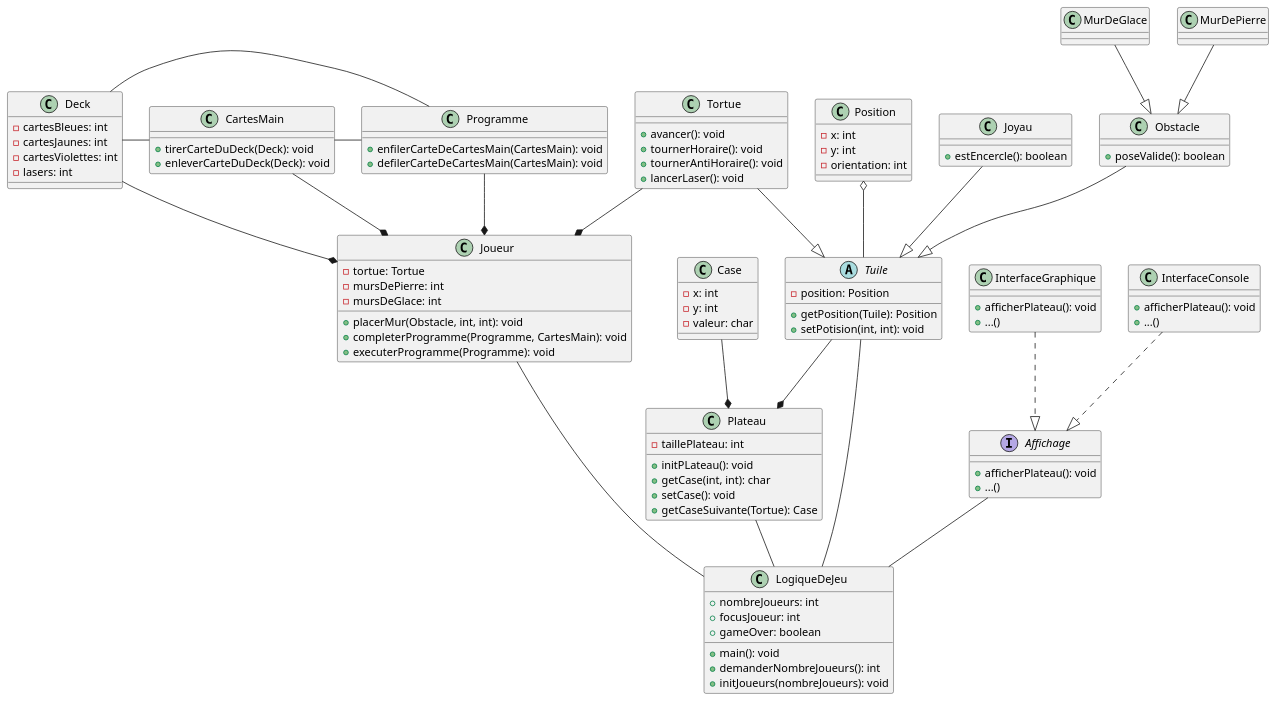
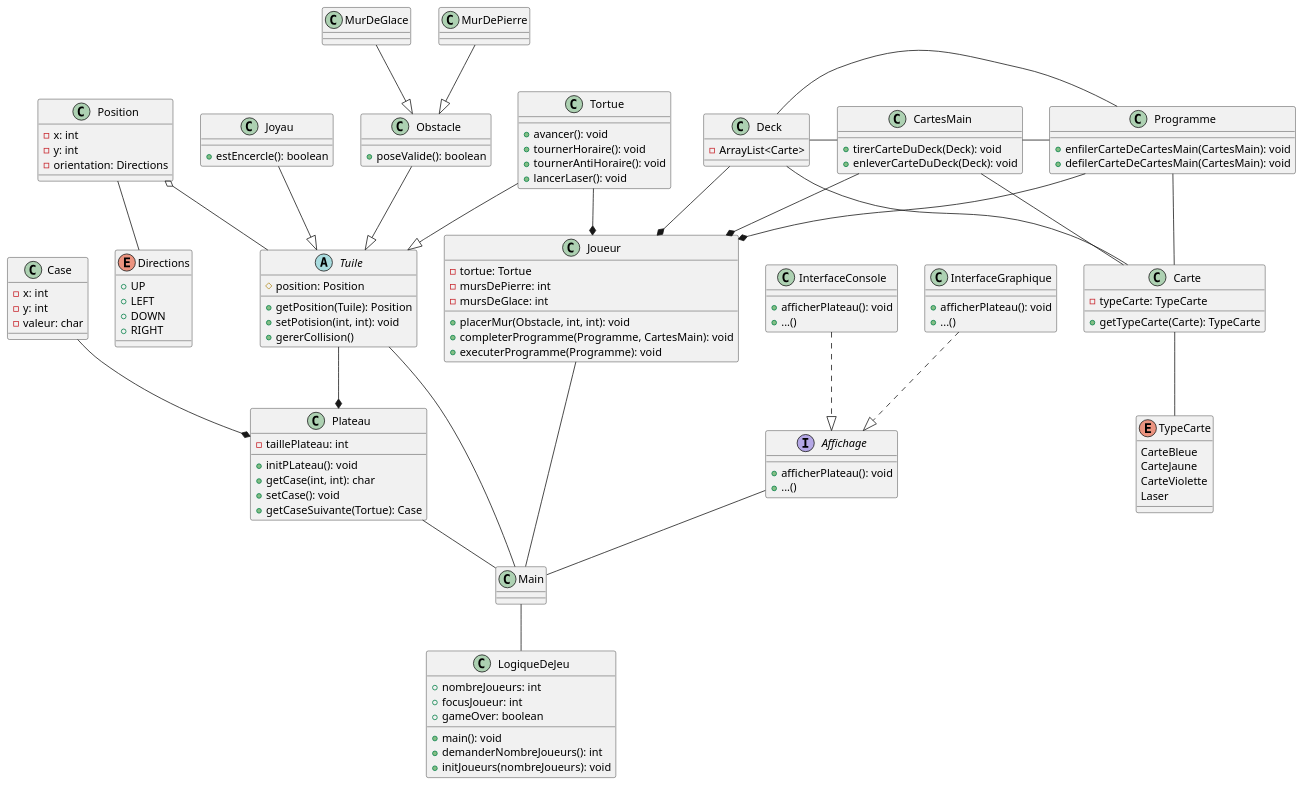
The diagram in DiagrammeDeClasse.puml (broken-clock/RobotTurtles), drawn with PlantUML before and after one commit.

Commit message:
update diagramme de classes

```diff
--- a/DiagrammeDeClasse.puml
+++ b/DiagrammeDeClasse.puml
@@ -1,121 +1,146 @@
 @startuml
+class Main
+Main -- LogiqueDeJeu
+
 class LogiqueDeJeu {
 + nombreJoueurs: int
 + focusJoueur: int
 + gameOver: boolean
 + main(): void
 + demanderNombreJoueurs(): int
 + initJoueurs(nombreJoueurs): void
 }
 
 class Plateau {
 - taillePlateau: int
 + initPLateau(): void
 + getCase(int, int): char
 + setCase(): void
 + getCaseSuivante(Tortue): Case
 }
-Plateau -- LogiqueDeJeu
+Plateau -- Main
 
 class Case {
 - x: int
 - y: int
 - valeur: char
 }
 Case --* Plateau
 
 abstract class Tuile {
-- position: Position
+# position: Position
 + getPosition(Tuile): Position
 + setPotision(int, int): void
++ gererCollision()
 }
-Tuile -- LogiqueDeJeu
+Tuile -- Main
 Tuile --* Plateau
+
+enum Directions {
++ UP
++ LEFT
++ DOWN
++ RIGHT
+}
 
 class Position {
 - x: int
 - y: int
-- orientation: int
+- orientation: Directions
 }
 Position o-- Tuile
+Position -- Directions
 
 class Tortue {
 + avancer(): void
 + tournerHoraire(): void
 + tournerAntiHoraire(): void
 + lancerLaser(): void
 }
 Tortue --|> Tuile
 Tortue --* Joueur
 
 class Joyau {
 + estEncercle(): boolean
 }
 Joyau --|> Tuile
 
 class Obstacle {
 + poseValide(): boolean
 }
 Obstacle --|> Tuile
 
 class MurDeGlace {
 
 }
 MurDeGlace --|> Obstacle
 
 class MurDePierre {
 
 }
 MurDePierre --|> Obstacle
 
 class Joueur {
 - tortue: Tortue
 - mursDePierre: int
 - mursDeGlace: int
 + placerMur(Obstacle, int, int): void
 + completerProgramme(Programme, CartesMain): void
 + executerProgramme(Programme): void
 }
-Joueur -- LogiqueDeJeu  
+Joueur -- Main
+
+enum TypeCarte {
+CarteBleue
+CarteJaune
+CarteViolette
+Laser
+}
+
+class Carte {
+- typeCarte: TypeCarte
++ getTypeCarte(Carte): TypeCarte
+}
+Carte -- TypeCarte
 
 class Deck {
-- cartesBleues: int
-- cartesJaunes: int
-- cartesViolettes: int
-- lasers: int
+- ArrayList<Carte>
 }
 Deck - CartesMain
 Deck --* Joueur
+Deck -- Carte
 
 class CartesMain {
 + tirerCarteDuDeck(Deck): void
 + enleverCarteDuDeck(Deck): void
 }
 CartesMain - Programme
 CartesMain --* Joueur
+CartesMain -- Carte
 
 class Programme {
 + enfilerCarteDeCartesMain(CartesMain): void
 + defilerCarteDeCartesMain(CartesMain): void
 }
 Programme - Deck
 Programme --* Joueur
+Programme -- Carte
 
 interface Affichage {
 + afficherPlateau(): void
 + ...()
 }
-Affichage -- LogiqueDeJeu
+Affichage -- Main
 
 class InterfaceGraphique {
 + afficherPlateau(): void
 + ...()
 }
 InterfaceGraphique ..|> Affichage
 
 class InterfaceConsole {
 + afficherPlateau(): void
 + ...()
 }
 InterfaceConsole ..|> Affichage
 @enduml
```
